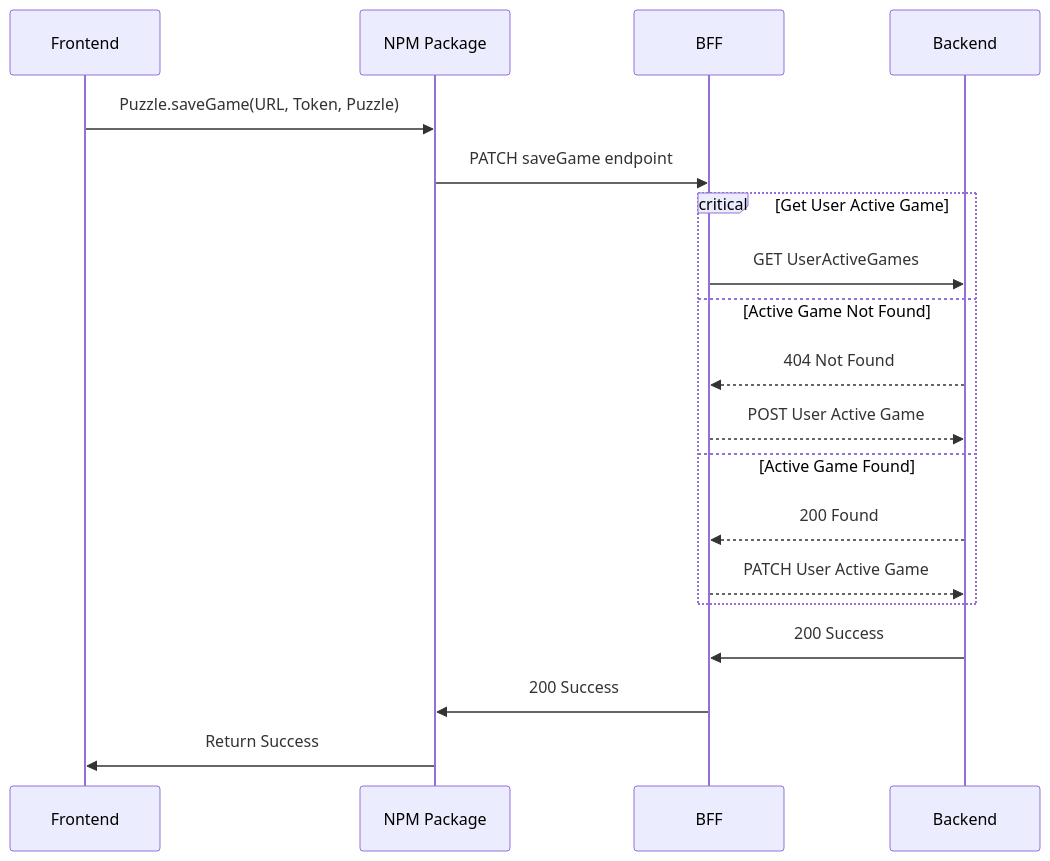
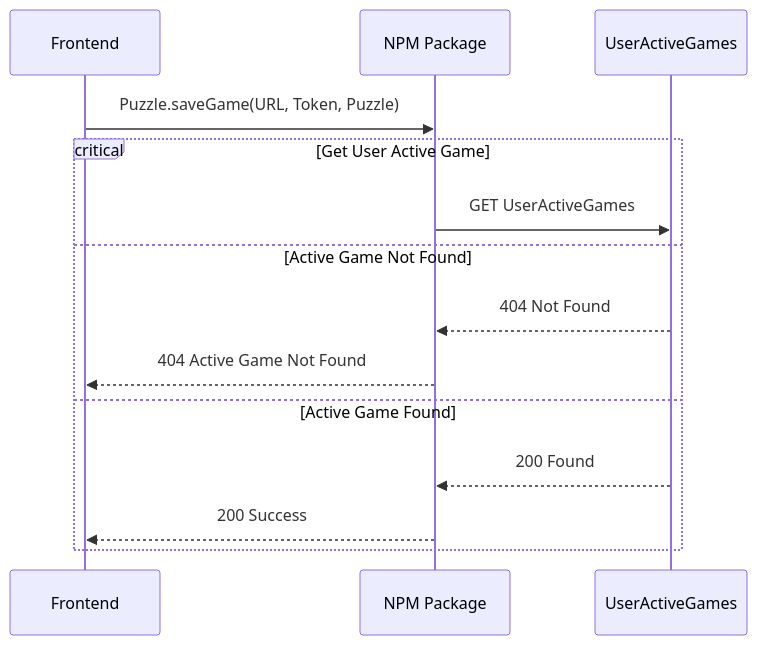
Before and after one commit to Sudokuru/Puzzle: the third of 4 diagrams in Documentation/Diagrams/SequenceDiagram.md, drawn with Mermaid. The commit also changed other lines of this file, not shown here.

Commit message:
Updating saveGameFlow

````diff
--- a/Documentation/Diagrams/SequenceDiagram.md
+++ b/Documentation/Diagrams/SequenceDiagram.md
@@ -73,24 +76,19 @@
 ```mermaid
 sequenceDiagram
     participant Frontend
     participant NPM Package
-    participant BFF
-    participant Backend
+    participant UserActiveGames
 
     #Save Game
     Frontend->>NPM Package: Puzzle.saveGame(URL, Token, Puzzle)
-    NPM Package->>BFF: PATCH saveGame endpoint
 
     critical Get User Active Game
-        BFF->>Backend: GET UserActiveGames
+        NPM Package->>UserActiveGames: GET UserActiveGames
     option Active Game Not Found
-        Backend-->>BFF: 404 Not Found
-        BFF-->>Backend: POST User Active Game
+        UserActiveGames-->>NPM Package: 404 Not Found
+        NPM Package-->>Frontend: 404 Active Game Not Found
     option Active Game Found
-        Backend-->>BFF: 200 Found
-        BFF-->>Backend: PATCH User Active Game
+        UserActiveGames-->>NPM Package: 200 Found
+        NPM Package-->>Frontend: 200 Success
     end
-        Backend->>BFF: 200 Success
-        BFF->>NPM Package: 200 Success
-        NPM Package->>Frontend: Return Success
 ```
````
